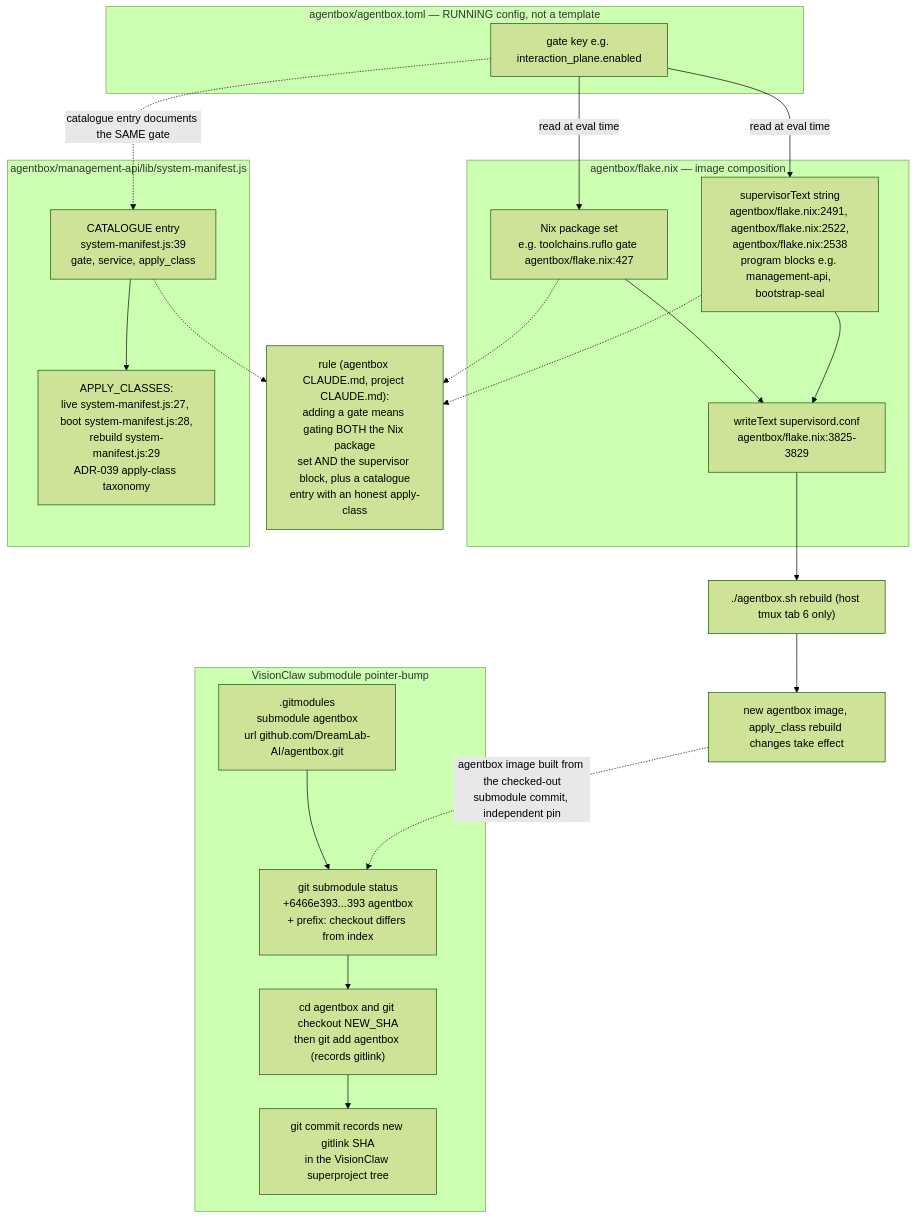
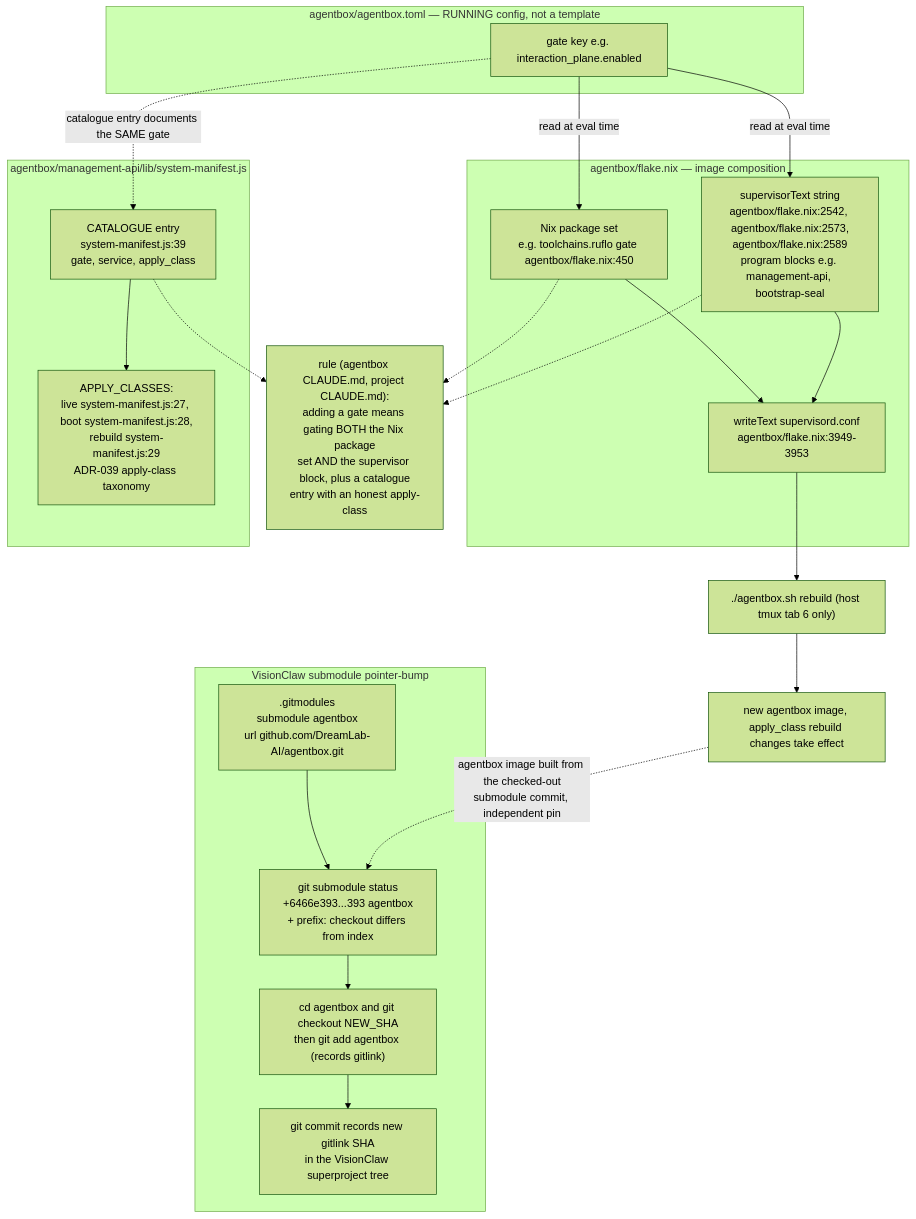
One commit to DreamLab-AI/VisionFlow changed the tenth of 24 diagrams in docs/diagrams/estate/09-build-deploy-and-ci-estate.md. Above: the diagram before and after it, drawn with Mermaid (forest theme). The commit also changed other lines of this file and 80 other files, not shown here.

First line of the commit message:
docs(diagrams): re-verify the agentbox, dreamlab, estate and visionflow corpus against current sources

````diff
--- a/docs/diagrams/estate/09-build-deploy-and-ci-estate.md
+++ b/docs/diagrams/estate/09-build-deploy-and-ci-estate.md
@@ -376,42 +376,42 @@
 ```mermaid
 flowchart TB
     subgraph FLAKE["agentbox/flake.nix — image composition"]
-        NIXPKG["Nix package set<br/>e.g. toolchains.ruflo gate agentbox/flake.nix:427"]
-        SUPTEXT["supervisorText string<br/>agentbox/flake.nix:2491, agentbox/flake.nix:2522,<br/>agentbox/flake.nix:2538<br/>program blocks e.g. management-api, bootstrap-seal"]
-        SUPWRITE["writeText supervisord.conf<br/>agentbox/flake.nix:3825-3829"]
+        NIXPKG["Nix package set<br/>e.g. toolchains.ruflo gate agentbox/flake.nix:450"]
+        SUPTEXT["supervisorText string<br/>agentbox/flake.nix:2542, agentbox/flake.nix:2573,<br/>agentbox/flake.nix:2589<br/>program blocks e.g. management-api, bootstrap-seal"]
+        SUPWRITE["writeText supervisord.conf<br/>agentbox/flake.nix:3949-3953"]
     end
     subgraph TOML["agentbox/agentbox.toml — RUNNING config, not a template"]
         GATEKEY["gate key e.g. interaction_plane.enabled"]
     end
     subgraph MANIFEST["agentbox/management-api/lib/system-manifest.js"]
         CATALOGUE["CATALOGUE entry<br/>system-manifest.js:39<br/>gate, service, apply_class"]
         APPLYCLASS["APPLY_CLASSES:<br/>live system-manifest.js:27, boot system-manifest.js:28,<br/>rebuild system-manifest.js:29<br/>ADR-039 apply-class taxonomy"]
     end
 
     GATEKEY -->|"read at eval time"| NIXPKG
     GATEKEY -->|"read at eval time"| SUPTEXT
     NIXPKG --> SUPWRITE
     SUPTEXT --> SUPWRITE
     GATEKEY -.->|"catalogue entry documents the SAME gate"| CATALOGUE
     CATALOGUE --> APPLYCLASS
 
     RULE["rule (agentbox CLAUDE.md, project CLAUDE.md):<br/>adding a gate means gating BOTH the Nix package<br/>set AND the supervisor block, plus a catalogue<br/>entry with an honest apply-class"]
     NIXPKG -.-> RULE
     SUPTEXT -.-> RULE
     CATALOGUE -.-> RULE
 
     REBUILD["./agentbox.sh rebuild (host tmux tab 6 only)"]
     SUPWRITE --> REBUILD
     REBUILD --> IMAGE["new agentbox image, apply_class rebuild changes take effect"]
 
     subgraph SUBMOD["VisionClaw submodule pointer-bump"]
         GITMODULES[".gitmodules<br/>submodule agentbox<br/>url github.com/DreamLab-AI/agentbox.git"]
         SUBSTATUS["git submodule status<br/>+6466e393...393 agentbox<br/>+ prefix: checkout differs from index"]
         SUBUPDATE["cd agentbox and git checkout NEW_SHA<br/>then git add agentbox (records gitlink)"]
         SUBCOMMIT["git commit records new gitlink SHA<br/>in the VisionClaw superproject tree"]
     end
     GITMODULES --> SUBSTATUS
     SUBSTATUS --> SUBUPDATE
     SUBUPDATE --> SUBCOMMIT
     IMAGE -.->|"agentbox image built from the checked-out<br/>submodule commit, independent pin"| SUBSTATUS
 ```
````
